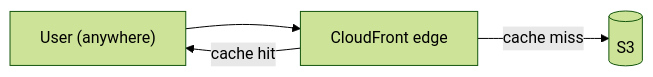
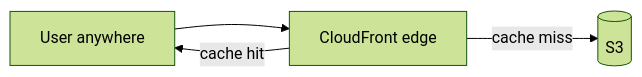
The third of 23 diagrams in docs/AWS-SERVICES.md (Nikorshun/autoexpense), drawn with Mermaid (forest theme) before and after one commit. The commit also changed other lines of this file and 3 other files, not shown here.

First line of the commit message:
Make all docs Mermaid diagrams GitHub-safe

````diff
--- a/docs/AWS-SERVICES.md
+++ b/docs/AWS-SERVICES.md
@@ -57,6 +57,6 @@
 ```mermaid
 flowchart LR
-    User["User (anywhere)"] --> Edge["CloudFront edge"]
+    User["User anywhere"] --> Edge["CloudFront edge"]
     Edge -->|cache hit| User
     Edge -->|cache miss| S3[("S3")]
 ```
````
